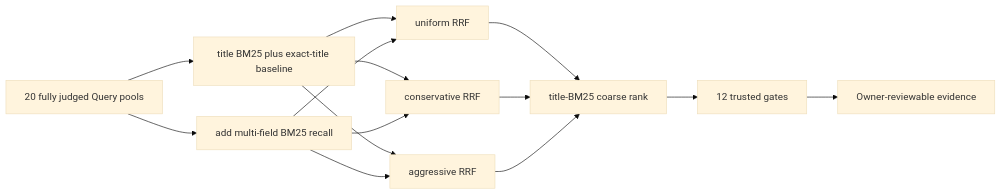
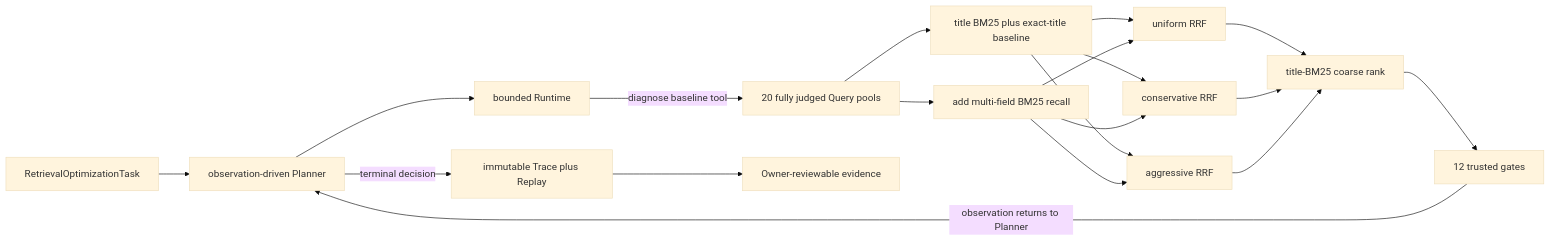
The third of 3 diagrams in docs/AGENT_FLOW.md (Shaw485/search-engine-eva-agent), drawn with Mermaid (base theme) before and after one commit. The commit also changed other lines of this file and 24 other files, not shown here.

Commit message:
feat: run retrieval optimizer through agent runtime

````diff
--- a/docs/AGENT_FLOW.md
+++ b/docs/AGENT_FLOW.md
@@ -71,25 +72,32 @@
 ```mermaid
 flowchart LR
+    T[RetrievalOptimizationTask]
+    P[observation-driven Planner]
+    X[bounded Runtime]
     Q[20 fully judged Query pools]
     B[title BM25 plus exact-title baseline]
     M[add multi-field BM25 recall]
     U[uniform RRF]
     C[conservative RRF]
     A[aggressive RRF]
     R[title-BM25 coarse rank]
     H[12 trusted gates]
+    Z[immutable Trace plus Replay]
     O[Owner-reviewable evidence]
 
+    T --> P --> X
+    X -->|diagnose baseline tool| Q
     Q --> B
     Q --> M
     B --> U
     M --> U
     B --> C
     M --> C
     B --> A
     M --> A
     U --> R
     C --> R
     A --> R
-    R --> H --> O
+    R --> H -->|observation returns to Planner| P
+    P -->|terminal decision| Z --> O
 ```
````
